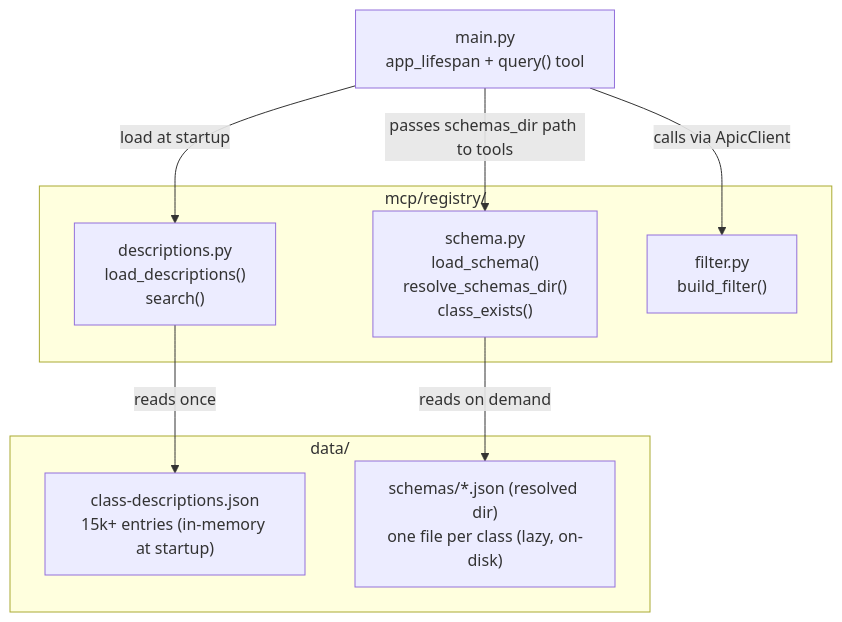
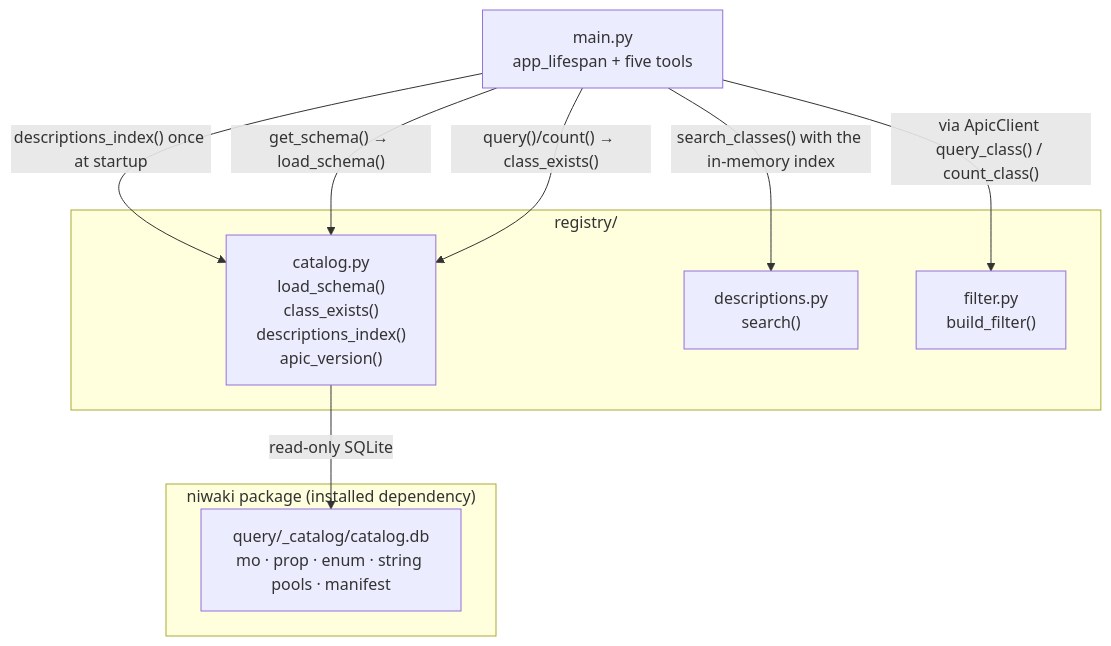
One commit to k3l0-dev/aci-mcp changed the first of 4 diagrams in docs/internals/registry.md. Above: the diagram before and after it, drawn with Mermaid. The commit also changed other lines of this file and 27 other files, not shown here.

````diff
--- a/docs/internals/registry.md
+++ b/docs/internals/registry.md
@@ -9,21 +40,21 @@
 ```mermaid
 graph TD
-    subgraph registry["mcp/registry/"]
-        desc["descriptions.py\nload_descriptions()\nsearch()"]
-        schema["schema.py\nload_schema()\nresolve_schemas_dir()\nclass_exists()"]
+    subgraph registry["registry/"]
+        cat["catalog.py\nload_schema()\nclass_exists()\ndescriptions_index()\napic_version()"]
+        desc["descriptions.py\nsearch()"]
         filt["filter.py\nbuild_filter()"]
     end
 
-    subgraph data["data/"]
-        json["class-descriptions.json\n15k+ entries (in-memory at startup)"]
-        schemas_dir["schemas/*.json (resolved dir)\none file per class (lazy, on-disk)"]
+    subgraph niwaki["niwaki package (installed dependency)"]
+        db["query/_catalog/catalog.db\nmo · prop · enum · string pools · manifest"]
     end
 
-    main["main.py\napp_lifespan + query() tool"]
+    main["main.py\napp_lifespan + five tools"]
 
-    main -->|"load at startup"| desc
-    desc -->|"reads once"| json
-    main -->|"passes schemas_dir path to tools"| schema
-    schema -->|"reads on demand"| schemas_dir
-    main -->|"calls via ApicClient"| filt
+    main -->|"descriptions_index() once at startup"| cat
+    main -->|"get_schema() → load_schema()"| cat
+    main -->|"query()/count() → class_exists()"| cat
+    cat -->|"read-only SQLite"| db
+    main -->|"search_classes() with the in-memory index"| desc
+    main -->|"via ApicClient query_class() / count_class()"| filt
 ```
````
